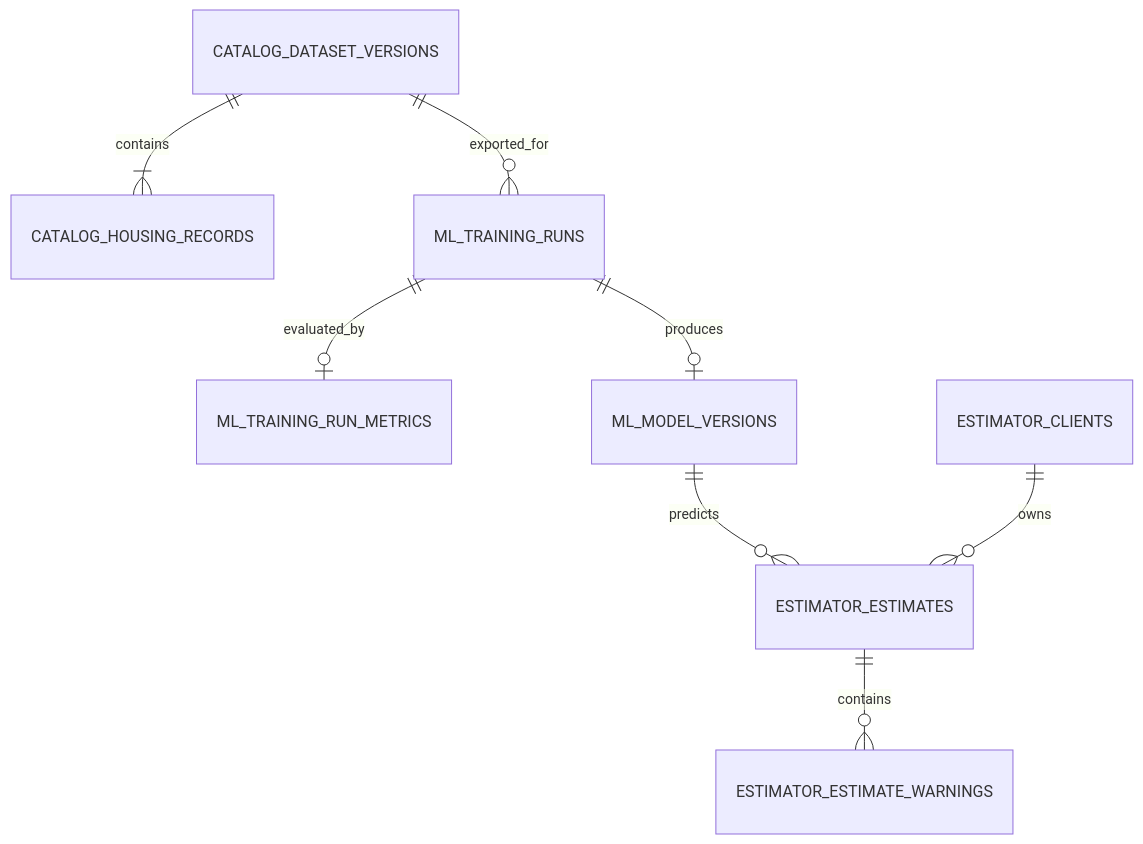
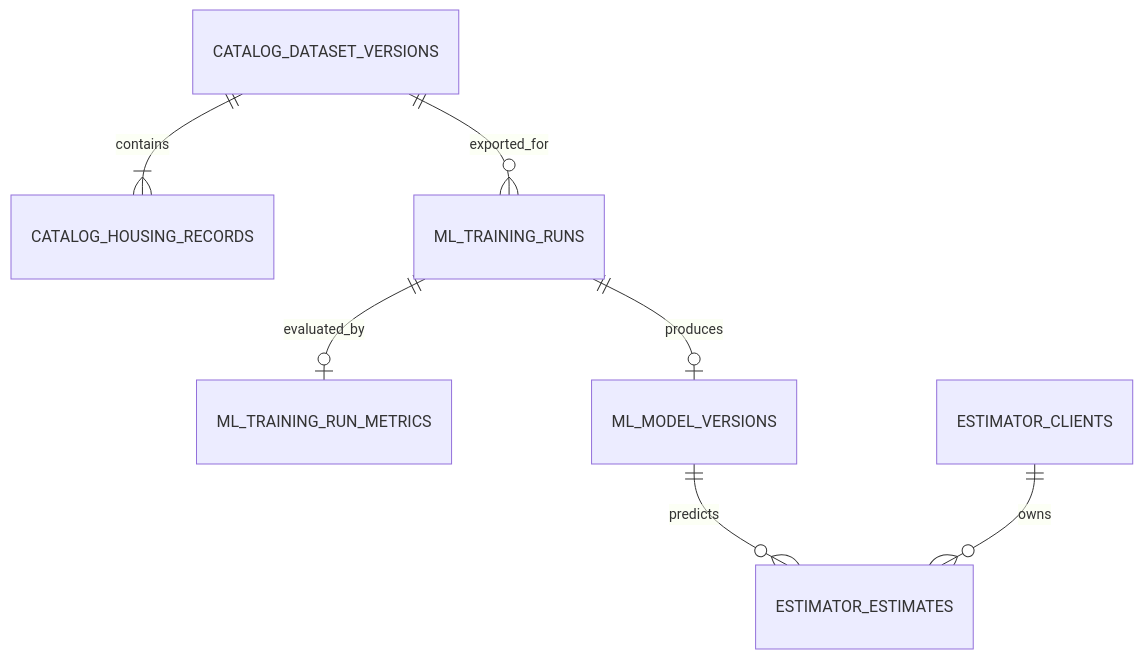
The second of 2 diagrams in docs/data-schema.md (ChenhuaFan/house-price-estimator), drawn with Mermaid before and after one commit. The commit also changed other lines of this file and 17 other files, not shown here.

Commit message:
refactor: remove persisted estimate warnings

````diff
--- a/docs/data-schema.md
+++ b/docs/data-schema.md
@@ -121,10 +120,9 @@
 ```mermaid
 erDiagram
     CATALOG_DATASET_VERSIONS ||--|{ CATALOG_HOUSING_RECORDS : contains
     CATALOG_DATASET_VERSIONS ||--o{ ML_TRAINING_RUNS : exported_for
     ML_TRAINING_RUNS ||--o| ML_TRAINING_RUN_METRICS : evaluated_by
     ML_TRAINING_RUNS ||--o| ML_MODEL_VERSIONS : produces
     ML_MODEL_VERSIONS ||--o{ ESTIMATOR_ESTIMATES : predicts
     ESTIMATOR_CLIENTS ||--o{ ESTIMATOR_ESTIMATES : owns
-    ESTIMATOR_ESTIMATES ||--o{ ESTIMATOR_ESTIMATE_WARNINGS : contains
 ```
````
